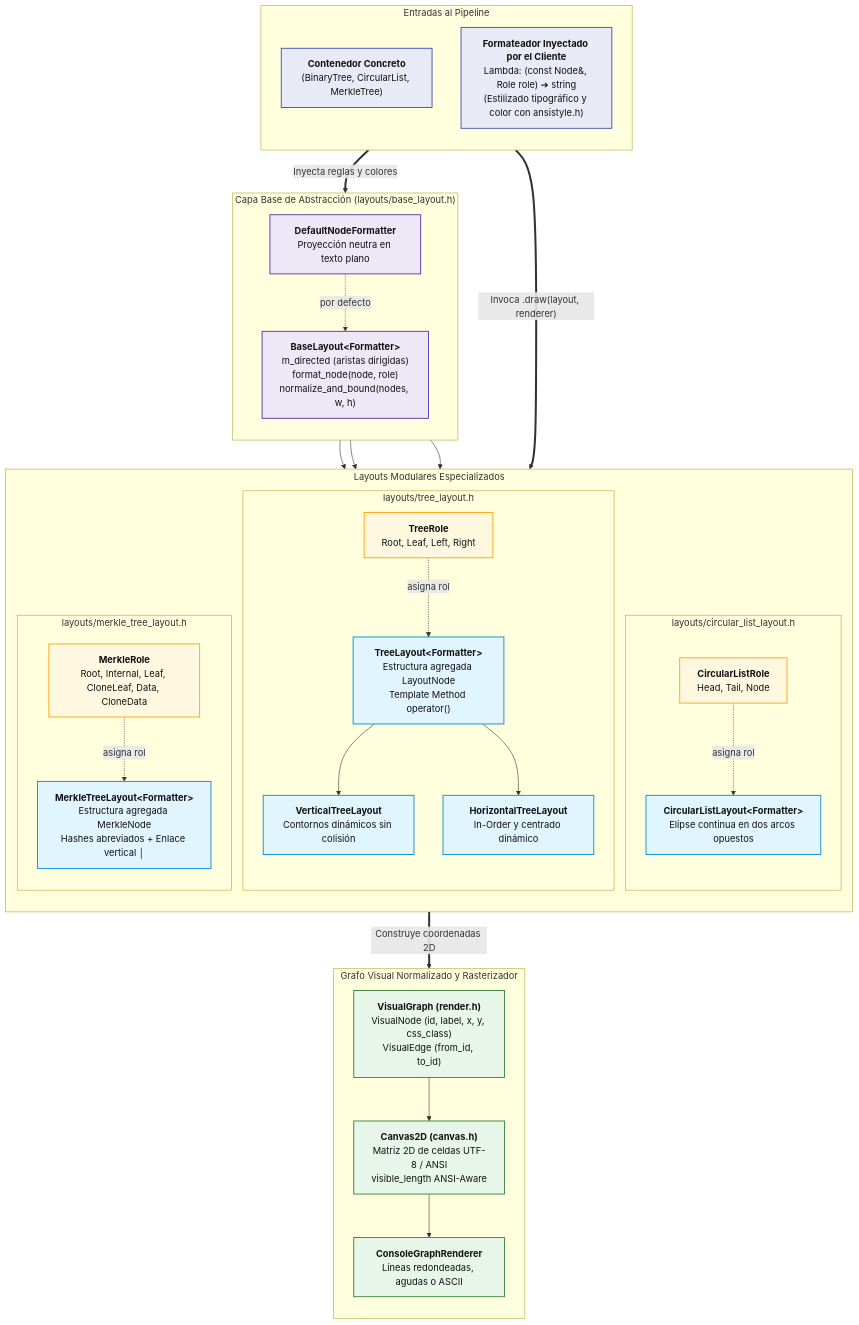
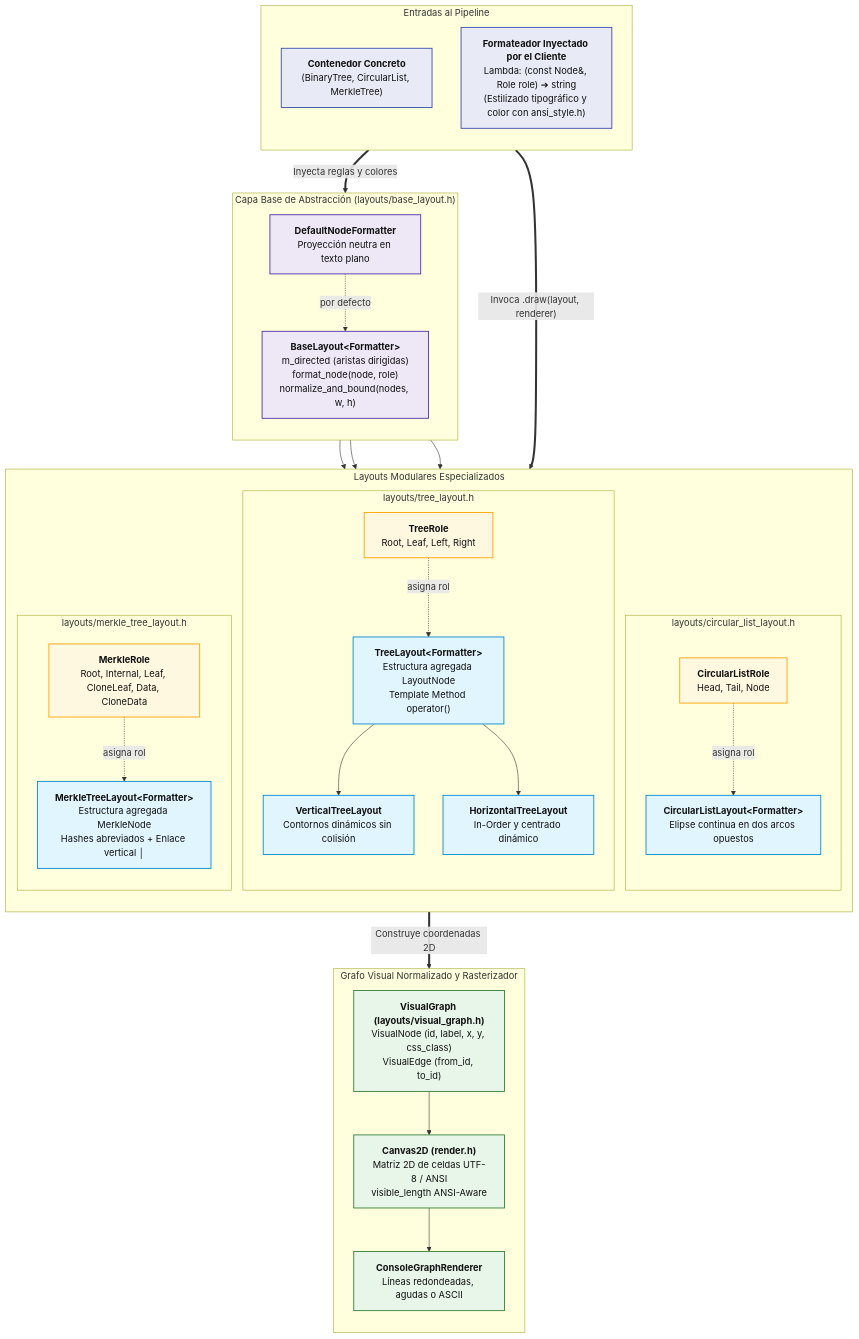
The sixth of 11 diagrams in README.md (AldoLunaBueno/2026-II-CS-UNI-CC0E5-AEDAv), drawn with Mermaid before and after one commit. The commit also changed other lines of this file and 36 other files, not shown here.

Commit message:
refactor: uniformizar estructura y nombres de archivos de código y diagramas

````diff
--- a/README.md
+++ b/README.md
@@ -412,68 +412,68 @@
 ```mermaid
 flowchart TB
     subgraph INPUT["Entradas al Pipeline"]
         direction TB
         CONT["<b>Contenedor Concreto</b><br/>(BinaryTree, CircularList, MerkleTree)"]
-        FMT["<b>Formateador Inyectado por el Cliente</b><br/>Lambda: (const Node&, Role role) ➔ string<br/>(Estilizado tipográfico y color con ansistyle.h)"]
+        FMT["<b>Formateador Inyectado por el Cliente</b><br/>Lambda: (const Node&, Role role) ➔ string<br/>(Estilizado tipográfico y color con ansi_style.h)"]
     end
 
     subgraph BASE["Capa Base de Abstracción (layouts/base_layout.h)"]
         direction TB
         BL["<b>BaseLayout#lt;Formatter#gt;</b><br/>m_directed (aristas dirigidas)<br/>format_node(node, role)<br/>normalize_and_bound(nodes, w, h)"]
         DF["<b>DefaultNodeFormatter</b><br/>Proyección neutra en texto plano"]
         DF -. "por defecto" .-> BL
     end
 
     subgraph LAYOUTS["Layouts Modulares Especializados"]
         direction TB
         subgraph TREE_MOD["layouts/tree_layout.h"]
             TL["<b>TreeLayout#lt;Formatter#gt;</b><br/>Estructura agregada LayoutNode<br/>Template Method operator()"]
             VTL["<b>VerticalTreeLayout</b><br/>Contornos dinámicos sin colisión"]
             HTL["<b>HorizontalTreeLayout</b><br/>In-Order y centrado dinámico"]
             TR["<b>TreeRole</b><br/>Root, Leaf, Left, Right"]
             TL --> VTL
             TL --> HTL
             TR -. "asigna rol" .-> TL
         end
 
         subgraph CIRC_MOD["layouts/circular_list_layout.h"]
             CLL["<b>CircularListLayout#lt;Formatter#gt;</b><br/>Elipse continua en dos arcos opuestos"]
             CLR["<b>CircularListRole</b><br/>Head, Tail, Node"]
             CLR -. "asigna rol" .-> CLL
         end
 
         subgraph MERKLE_MOD["layouts/merkle_tree_layout.h"]
             MTL["<b>MerkleTreeLayout#lt;Formatter#gt;</b><br/>Estructura agregada MerkleNode<br/>Hashes abreviados + Enlace vertical │"]
             MR["<b>MerkleRole</b><br/>Root, Internal, Leaf, CloneLeaf, Data, CloneData"]
             MR -. "asigna rol" .-> MTL
         end
 
         BL --> TL
         BL --> CLL
         BL --> MTL
     end
 
     subgraph OUTPUT["Grafo Visual Normalizado y Rasterizador"]
         direction TB
-        VG["<b>VisualGraph (render.h)</b><br/>VisualNode (id, label, x, y, css_class)<br/>VisualEdge (from_id, to_id)"]
-        C2D["<b>Canvas2D (canvas.h)</b><br/>Matriz 2D de celdas UTF-8 / ANSI<br/>visible_length ANSI-Aware"]
+        VG["<b>VisualGraph (layouts/visual_graph.h)</b><br/>VisualNode (id, label, x, y, css_class)<br/>VisualEdge (from_id, to_id)"]
+        C2D["<b>Canvas2D (render.h)</b><br/>Matriz 2D de celdas UTF-8 / ANSI<br/>visible_length ANSI-Aware"]
         REND["<b>ConsoleGraphRenderer</b><br/>Líneas redondeadas, agudas o ASCII"]
         VG --> C2D --> REND
     end
 
     CONT ==>|"Invoca .draw(layout, renderer)"| LAYOUTS
     FMT ==>|"Inyecta reglas y colores"| BL
     LAYOUTS ==>|"Construye coordenadas 2D"| VG
 
     classDef input fill:#E8EAF6,stroke:#3949AB,color:#111,stroke-width:1.5px;
     classDef base fill:#EDE7F6,stroke:#512DA8,color:#111,stroke-width:1.5px;
     classDef layout fill:#E1F5FE,stroke:#0288D1,color:#111,stroke-width:1.5px;
     classDef role fill:#FFF8E1,stroke:#FFA000,color:#111,stroke-width:1.5px;
     classDef render fill:#E8F5E9,stroke:#2E7D32,color:#111,stroke-width:1.5px;
 
     class CONT,FMT input
     class BL,DF base
     class TL,VTL,HTL,CLL,MTL layout
     class TR,CLR,MR role
     class VG,C2D,REND render
 ```
````
